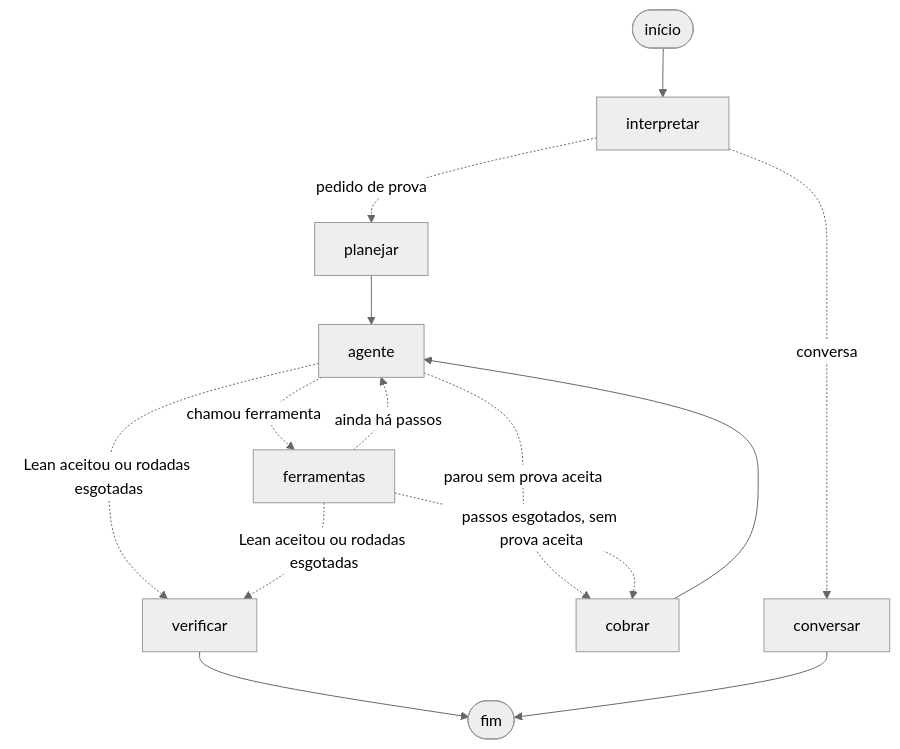
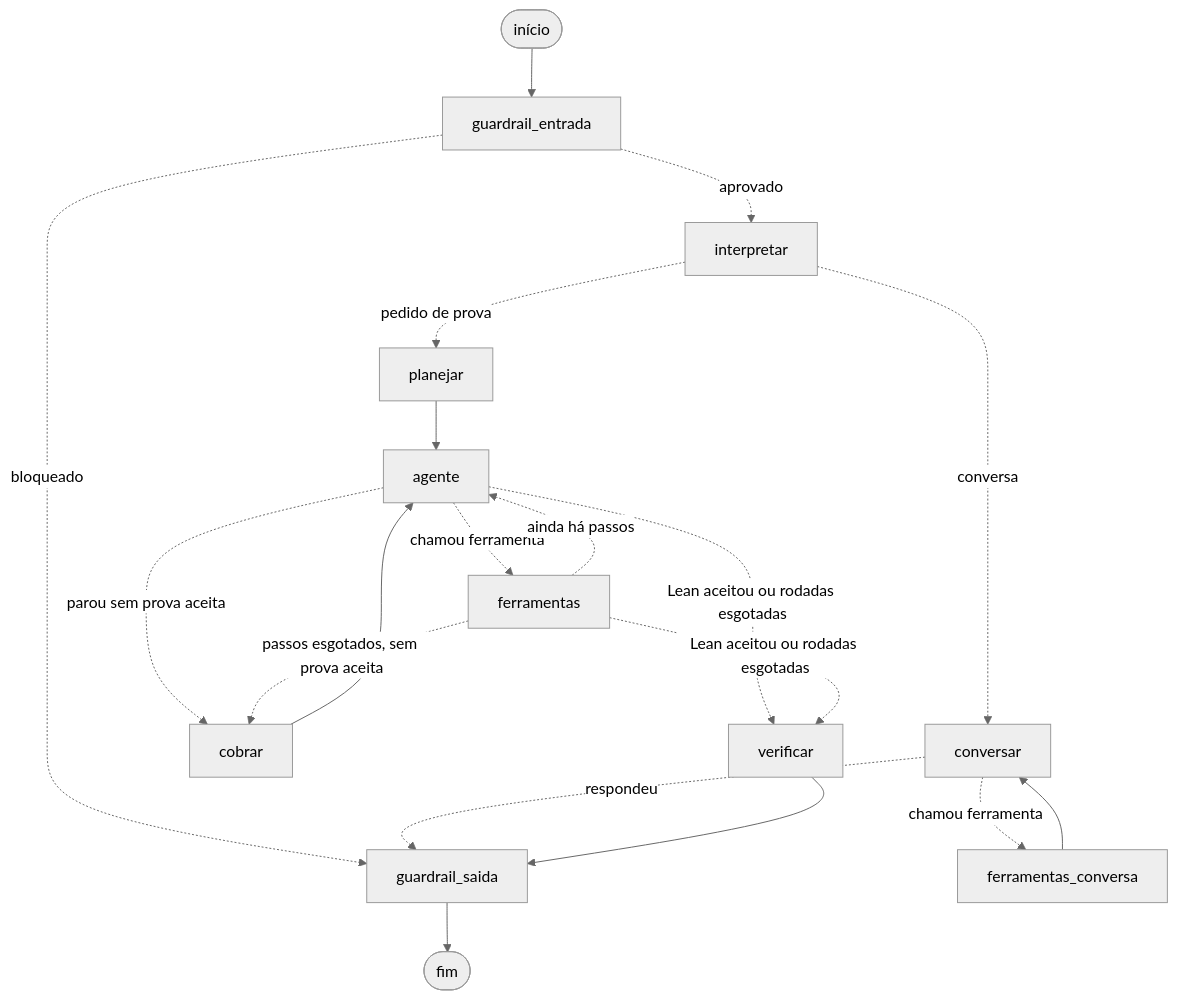
The diagram in README.md (scostavinicius/lean-agent), drawn with Mermaid (neutral theme) before and after one commit. The commit also changed other lines of this file and 25 other files, not shown here.

````diff
--- a/README.md
+++ b/README.md
@@ -79,16 +82,21 @@
 ```mermaid
 graph TD
-    START([início]) --> interpretar
+    START([início]) --> guardrail_entrada
+    guardrail_entrada -.->|bloqueado| guardrail_saida
+    guardrail_entrada -.->|aprovado| interpretar
     interpretar -.->|pedido de prova| planejar
     interpretar -.->|conversa| conversar
     planejar --> agente
     agente -.->|chamou ferramenta| ferramentas
     ferramentas -.->|ainda há passos| agente
     agente -.->|parou sem prova aceita| cobrar
     ferramentas -.->|passos esgotados, sem prova aceita| cobrar
     cobrar --> agente
     agente -.->|Lean aceitou ou rodadas esgotadas| verificar
     ferramentas -.->|Lean aceitou ou rodadas esgotadas| verificar
-    verificar --> FIM([fim])
-    conversar --> FIM
+    conversar -.->|chamou ferramenta| ferramentas_conversa
+    ferramentas_conversa --> conversar
+    conversar -.->|respondeu| guardrail_saida
+    verificar --> guardrail_saida
+    guardrail_saida --> FIM([fim])
 ```
````
